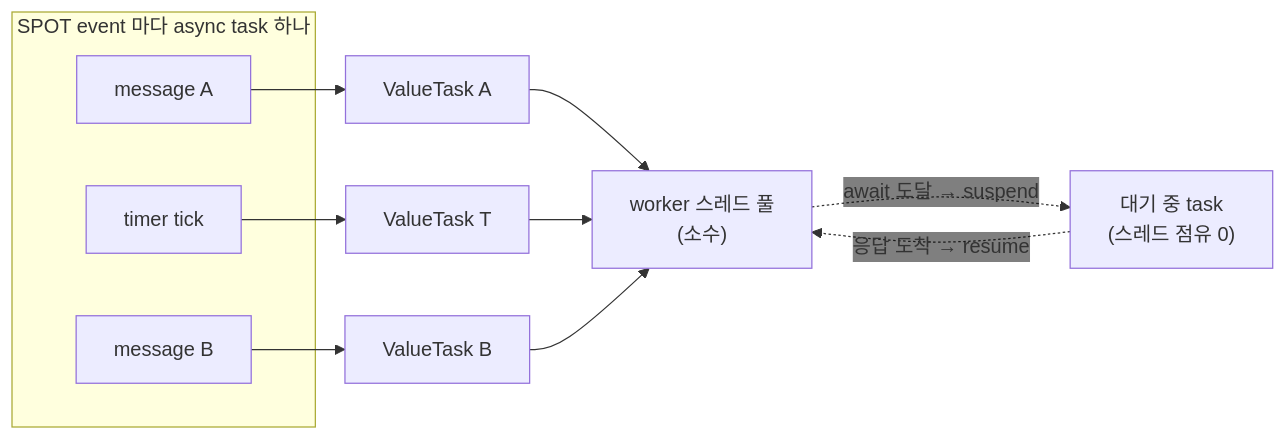
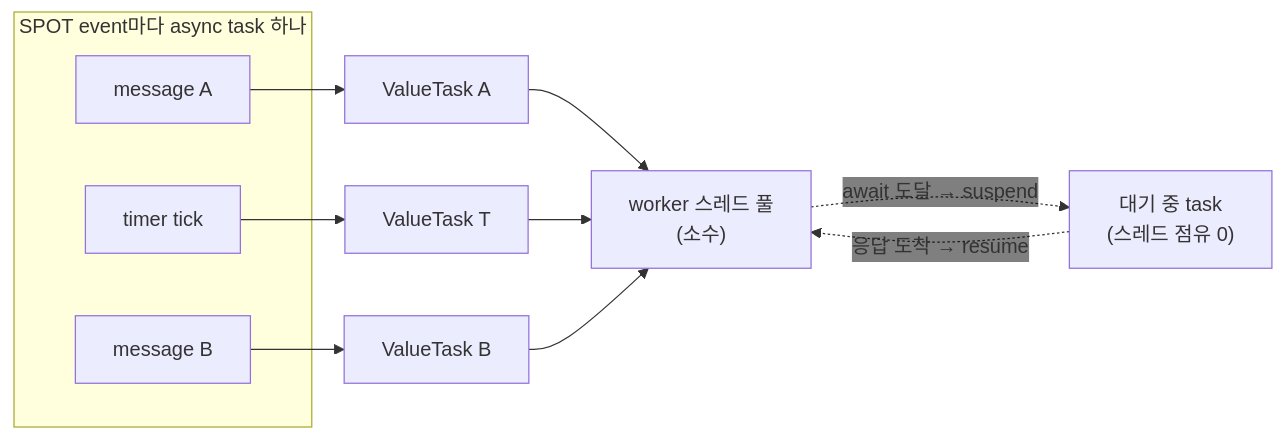
One commit to kairos-code-dev/zlink changed the eighth of 10 diagrams in framework/doc/framework/dotnet/guide/03-concepts.ko.md. Above: the diagram before and after it, drawn with Mermaid. The commit also changed other lines of this file and 83 other files, not shown here.

````diff
--- a/framework/doc/framework/dotnet/guide/03-concepts.ko.md
+++ b/framework/doc/framework/dotnet/guide/03-concepts.ko.md
@@ -253,17 +253,17 @@
 ```mermaid
 %%{init: {'themeVariables': {'edgeLabelBackground':'transparent'}}}%%
 graph LR
-    subgraph EV ["SPOT event 마다 async task 하나"]
+    subgraph EV ["SPOT event마다 async task 하나"]
         E1["message A"]
         E2["timer tick"]
         E3["message B"]
     end
     E1 --> T1["ValueTask A"]
     E2 --> T2["ValueTask T"]
     E3 --> T3["ValueTask B"]
     T1 --> POOL["worker 스레드 풀<br/>(소수)"]
     T2 --> POOL
     T3 --> POOL
     POOL -.->|"await 도달 → suspend"| WAIT["대기 중 task<br/>(스레드 점유 0)"]
     WAIT -.->|"응답 도착 → resume"| POOL
 ```
````
